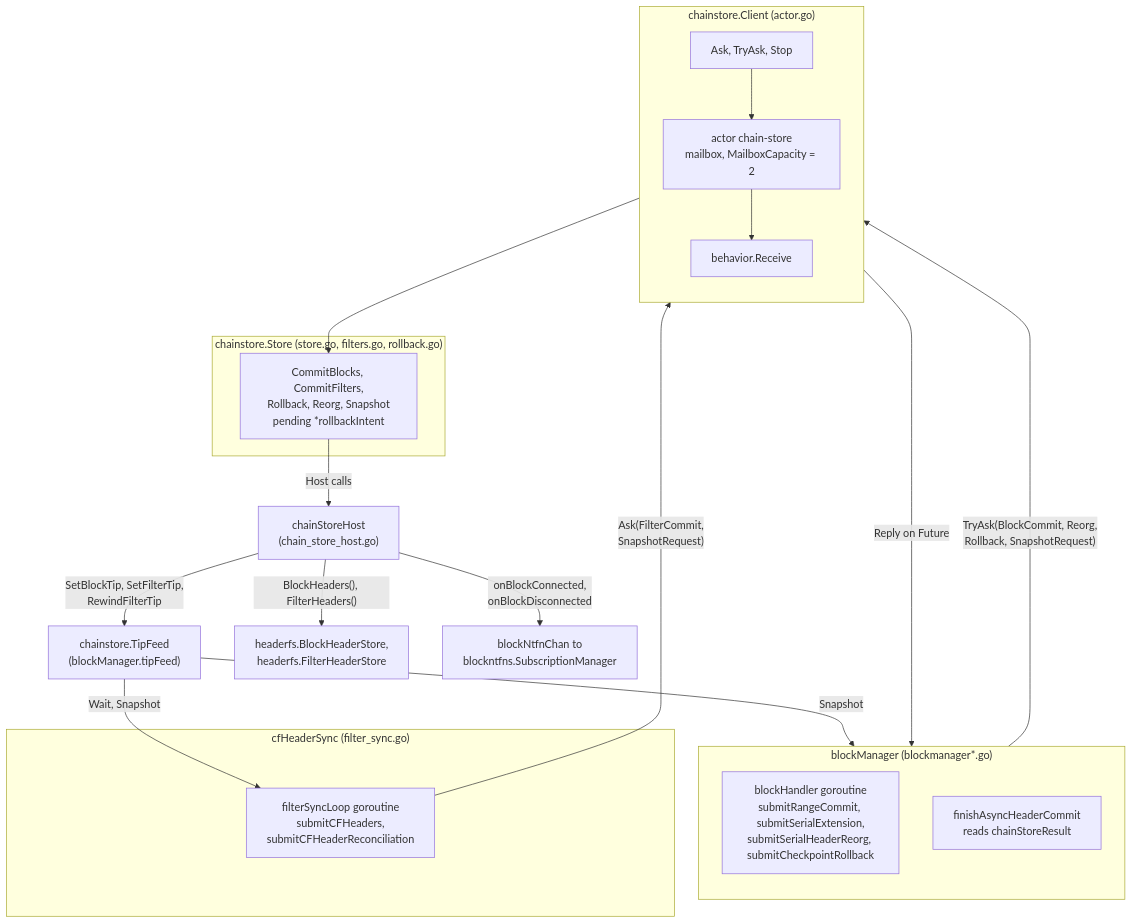
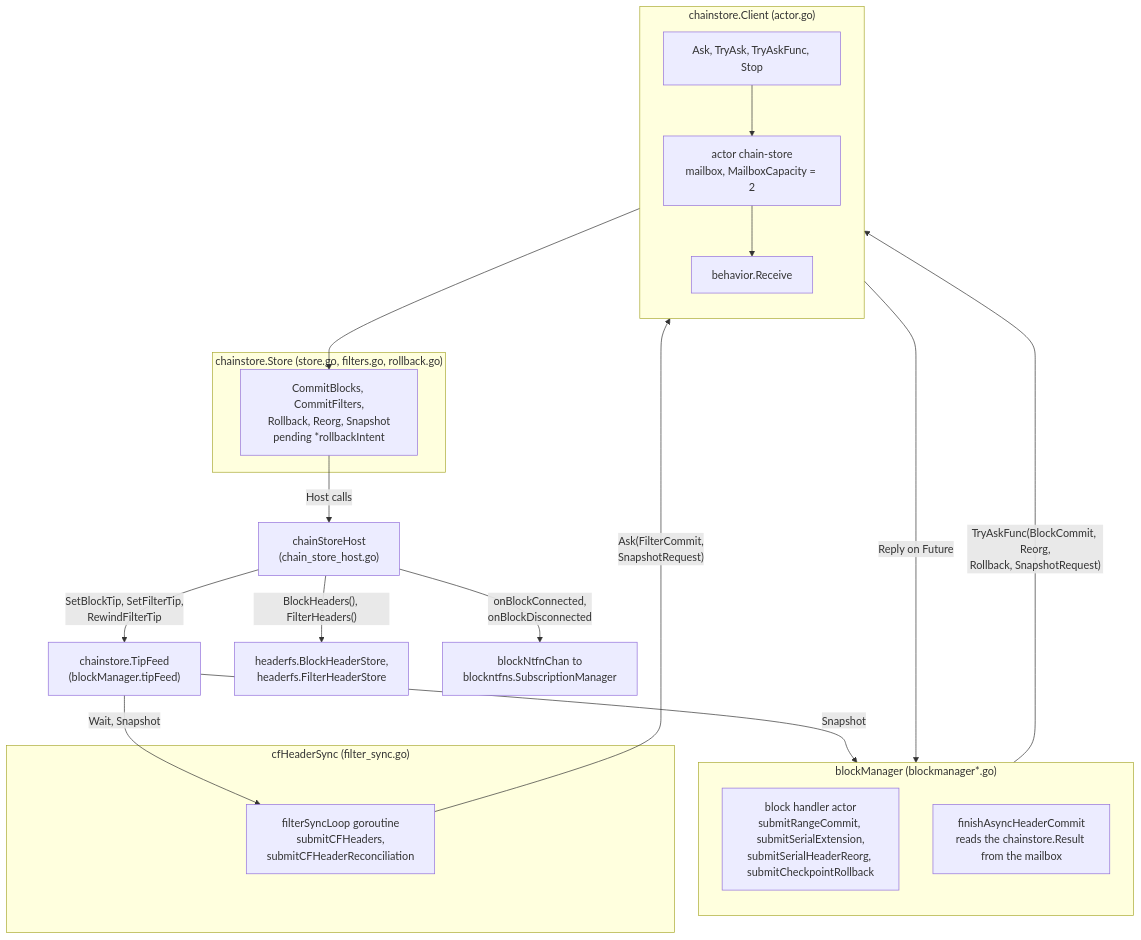
The first of 6 diagrams in docs/chainstore-architecture.md (lightninglabs/neutrino), drawn with Mermaid before and after one commit. The commit also changed other lines of this file and 16 other files, not shown here.

````diff
--- a/docs/chainstore-architecture.md
+++ b/docs/chainstore-architecture.md
@@ -30,39 +30,39 @@
 ```mermaid
 flowchart TB
     subgraph BM["blockManager (blockmanager*.go)"]
         direction TB
-        bh["blockHandler goroutine<br/>submitRangeCommit, submitSerialExtension,<br/>submitSerialHeaderReorg, submitCheckpointRollback"]
-        fin["finishAsyncHeaderCommit<br/>reads chainStoreResult"]
+        bh["block handler actor<br/>submitRangeCommit, submitSerialExtension,<br/>submitSerialHeaderReorg, submitCheckpointRollback"]
+        fin["finishAsyncHeaderCommit<br/>reads the chainstore.Result from the mailbox"]
     end
 
     subgraph CF["cfHeaderSync (filter_sync.go)"]
         cfh["filterSyncLoop goroutine<br/>submitCFHeaders,<br/>submitCFHeaderReconciliation"]
     end
 
     subgraph CL["chainstore.Client (actor.go)"]
         direction TB
-        api["Ask, TryAsk, Stop"]
+        api["Ask, TryAsk, TryAskFunc, Stop"]
         mb["actor chain-store<br/>mailbox, MailboxCapacity = 2"]
         rcv["behavior.Receive"]
     end
 
     subgraph ST["chainstore.Store (store.go, filters.go, rollback.go)"]
         st["CommitBlocks, CommitFilters,<br/>Rollback, Reorg, Snapshot<br/>pending *rollbackIntent"]
     end
 
     host["chainStoreHost<br/>(chain_store_host.go)"]
     feed["chainstore.TipFeed<br/>(blockManager.tipFeed)"]
     hdr["headerfs.BlockHeaderStore,<br/>headerfs.FilterHeaderStore"]
     ntfn["blockNtfnChan to<br/>blockntfns.SubscriptionManager"]
 
-    bh -- "TryAsk(BlockCommit, Reorg,<br/>Rollback, SnapshotRequest)" --> api
+    bh -- "TryAskFunc(BlockCommit, Reorg,<br/>Rollback, SnapshotRequest)" --> api
     cfh -- "Ask(FilterCommit,<br/>SnapshotRequest)" --> api
     api --> mb --> rcv --> st
     rcv -- "Reply on Future" --> fin
     st -- "Host calls" --> host
     host -- "BlockHeaders(), FilterHeaders()" --> hdr
     host -- "SetBlockTip, SetFilterTip,<br/>RewindFilterTip" --> feed
     host -- "onBlockConnected,<br/>onBlockDisconnected" --> ntfn
     feed -- "Wait, Snapshot" --> cfh
     feed -- "Snapshot" --> bh
 ```
````
